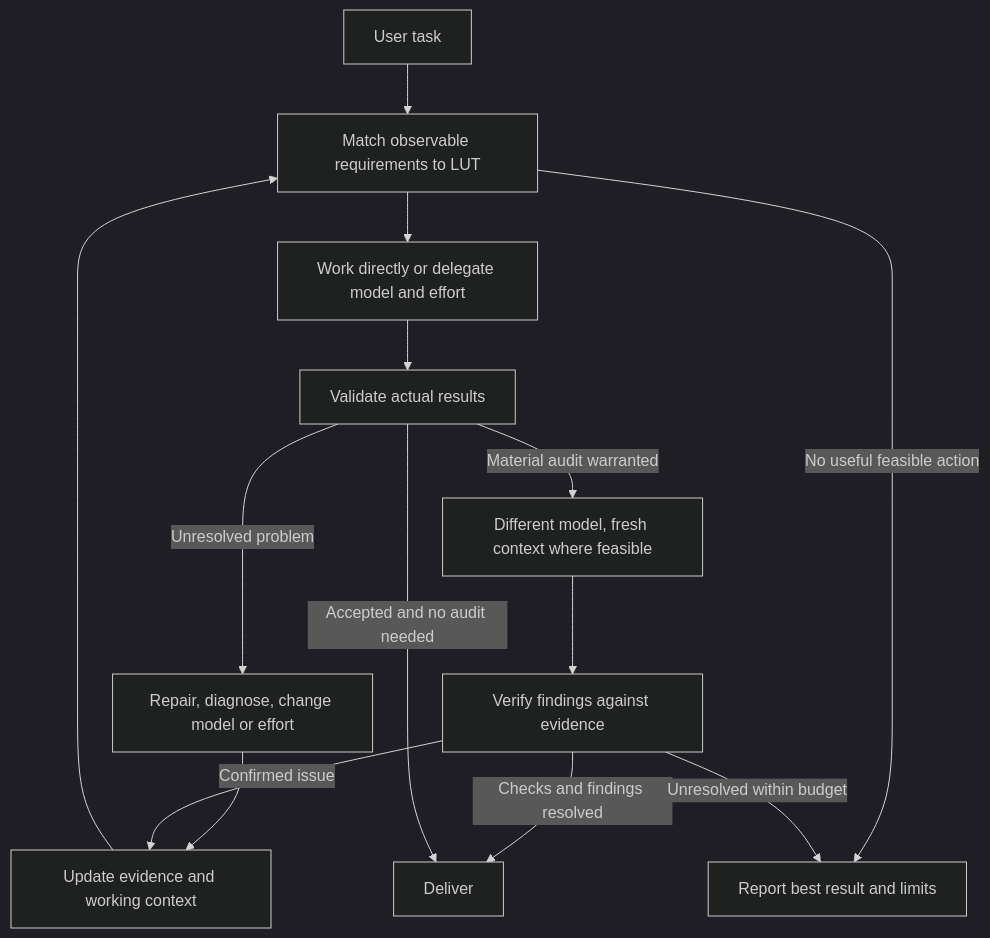
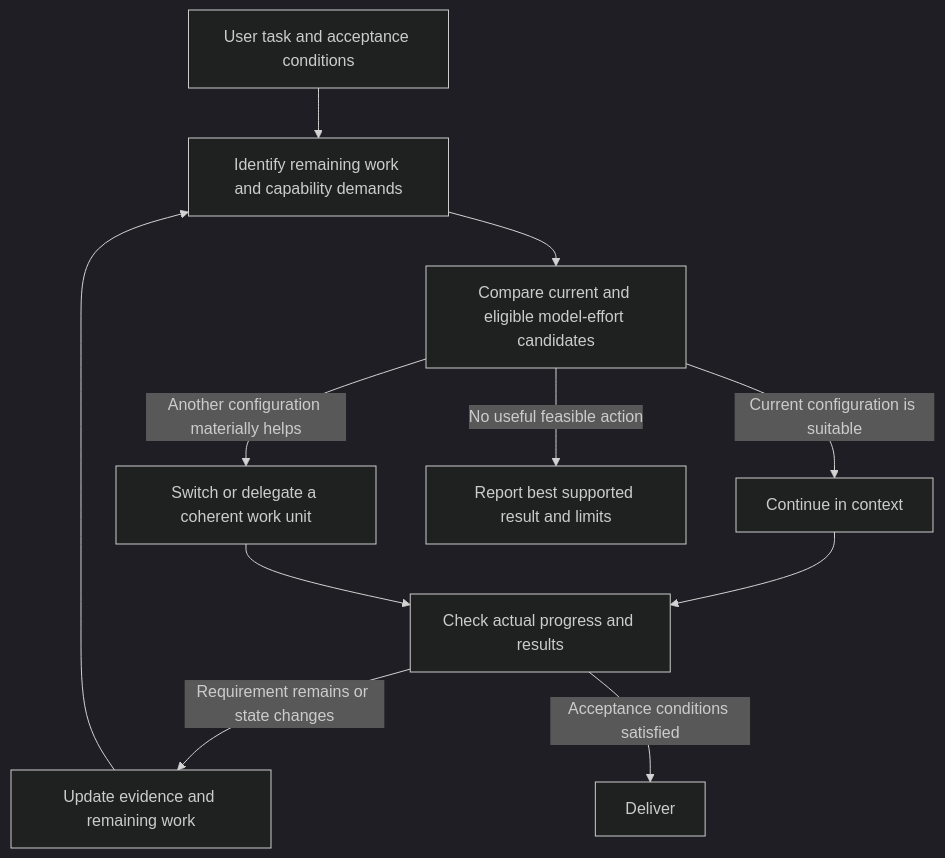
Before and after one commit to Unjuno/AgentMD: the diagram in README.md, drawn with Mermaid (dark theme). The commit also changed other lines of this file and 7 other files, not shown here.

Commit message:
refactor: route necessary work across the whole task without routine adversarial audits

````diff
--- a/README.md
+++ b/README.md
@@ -7,16 +7,13 @@
 ```mermaid
 flowchart TD
-    U[User task] --> L[Match observable requirements to LUT]
-    L --> X[Work directly or delegate model and effort]
-    X --> V[Validate actual results]
-    V -->|Unresolved problem| R[Repair, diagnose, change model or effort]
-    R --> C[Update evidence and working context]
-    C --> L
-    V -->|Material audit warranted| A[Different model, fresh context where feasible]
-    A --> E[Verify findings against evidence]
-    E -->|Confirmed issue| C
-    E -->|Checks and findings resolved| D[Deliver]
-    V -->|Accepted and no audit needed| D
-    L -->|No useful feasible action| B[Report best result and limits]
-    E -->|Unresolved within budget| B
+    U[User task and acceptance conditions] --> S[Identify remaining work and capability demands]
+    S --> L[Compare current and eligible model-effort candidates]
+    L -->|Current configuration is suitable| X[Continue in context]
+    L -->|Another configuration materially helps| D[Switch or delegate a coherent work unit]
+    X --> V[Check actual progress and results]
+    D --> V
+    V -->|Requirement remains or state changes| C[Update evidence and remaining work]
+    C --> S
+    V -->|Acceptance conditions satisfied| F[Deliver]
+    L -->|No useful feasible action| B[Report best supported result and limits]
 ```
````
